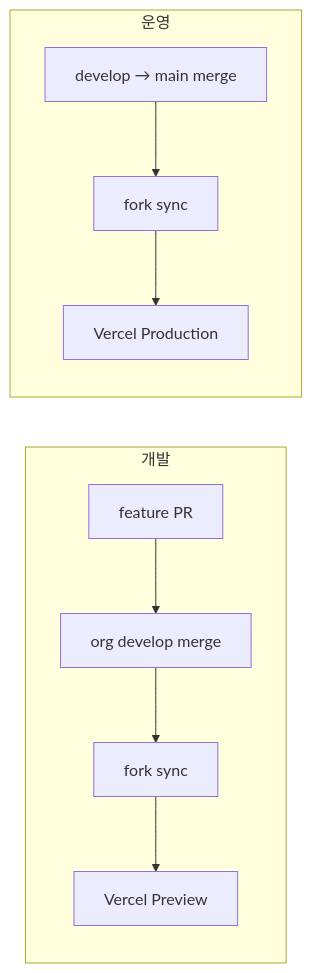
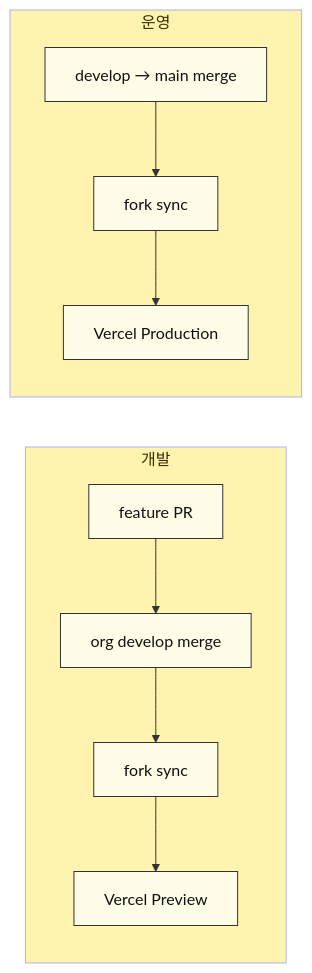
Before and after one commit to SpartaValueHub/ValueHub-FE: the third of 5 diagrams in docs/vercel-deploy-team-notice.md, drawn with Mermaid. The commit also changed other lines of this file, not shown here.

Commit message:
docs: Mermaid 스타일 정리 및 렌더 안내 추가

````diff
--- a/docs/vercel-deploy-team-notice.md
+++ b/docs/vercel-deploy-team-notice.md
@@ -80,13 +107,17 @@
 ```mermaid
+%%{init: {"theme":"base","themeVariables":{"primaryColor":"#FFF3B0","primaryBorderColor":"#333","lineColor":"#333","clusterBkg":"#FFF3B0"}}}%%
 flowchart LR
   subgraph Dev["개발"]
     A1["feature PR"] --> A2["org develop merge"]
     A2 --> A3["fork sync"]
     A3 --> A4["Vercel Preview"]
   end
 
   subgraph Prod["운영"]
     B1["develop → main merge"] --> B2["fork sync"]
     B2 --> B3["Vercel Production"]
   end
+
+  classDef node fill:#FFFDE7,stroke:#333,color:#111;
+  class A1,A2,A3,A4,B1,B2,B3 node;
 ```
````
